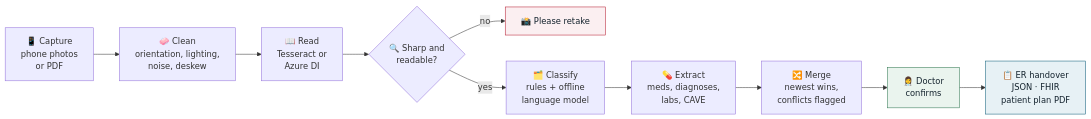
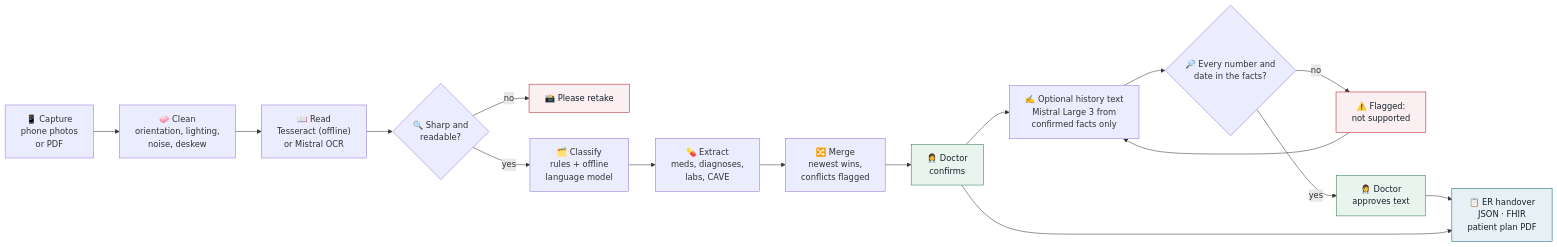
The diagram in README.md (uromi06/get_well_OCR), drawn with Mermaid before and after one commit. The commit also changed other lines of this file and 8 other files, not shown here.

First line of the commit message:
README: Mistral OCR and history, login, privacy modes, deploy; add screenshots and team .env

````diff
--- a/README.md
+++ b/README.md
@@ -44,16 +47,24 @@
 ```mermaid
 flowchart LR
     A["📱 Capture<br/>phone photos<br/>or PDF"] --> B["🧼 Clean<br/>orientation, lighting,<br/>noise, deskew"]
-    B --> C["📖 Read<br/>Tesseract or<br/>Azure DI"]
+    B --> C["📖 Read<br/>Tesseract (offline)<br/>or Mistral OCR"]
     C --> Q{"🔍 Sharp and<br/>readable?"}
     Q -- "no" --> R["📸 Please retake"]
     Q -- "yes" --> D["🗂️ Classify<br/>rules + offline<br/>language model"]
     D --> E["💊 Extract<br/>meds, diagnoses,<br/>labs, CAVE"]
     E --> F["🔀 Merge<br/>newest wins,<br/>conflicts flagged"]
     F --> G["👩‍⚕️ Doctor<br/>confirms"]
-    G --> H["📋 ER handover<br/>JSON · FHIR<br/>patient plan PDF"]
+    G --> L["✍️ Optional history text<br/>Mistral Large 3 from<br/>confirmed facts only"]
+    L --> V{"🔎 Every number and<br/>date in the facts?"}
+    V -- "no" --> W["⚠️ Flagged:<br/>not supported"]
+    W --> L
+    V -- "yes" --> A2["👩‍⚕️ Doctor<br/>approves text"]
+    A2 --> H["📋 ER handover<br/>JSON · FHIR<br/>patient plan PDF"]
+    G --> H
 
     style R fill:#FBEFF1,stroke:#B4182D,color:#14232E
+    style W fill:#FBEFF1,stroke:#B4182D,color:#14232E
     style G fill:#EAF4EE,stroke:#2E7550,color:#14232E
+    style A2 fill:#EAF4EE,stroke:#2E7550,color:#14232E
     style H fill:#E7F1F5,stroke:#0F5E7A,color:#14232E
 ```
````
